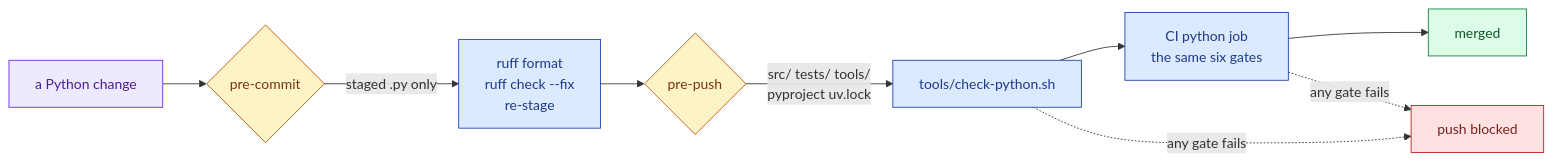
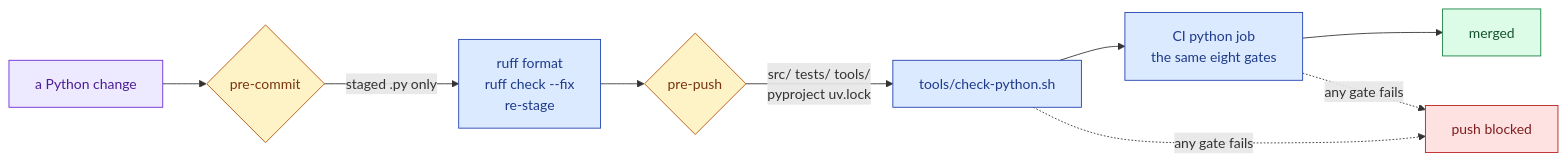
Before and after one commit to agharsallah/mva-hackathon: the diagram in docs/notes/python-quality-gates.md, drawn with Mermaid. The commit also changed other lines of this file and 3 other files, not shown here.

````diff
--- a/docs/notes/python-quality-gates.md
+++ b/docs/notes/python-quality-gates.md
@@ -32,17 +34,17 @@
 ```mermaid
 flowchart LR
     edit[a Python change]:::raw --> commit{pre-commit}:::decision
     commit -->|"staged .py only"| fix[ruff format<br/>ruff check --fix<br/>re-stage]:::machine
     fix --> push{pre-push}:::decision
     push -->|"src/ tests/ tools/<br/>pyproject uv.lock"| gate[tools/check-python.sh]:::machine
-    gate --> ci[CI python job<br/>the same six gates]:::machine
+    gate --> ci[CI python job<br/>the same eight gates]:::machine
     ci --> merged[merged]:::goal
     gate -.->|any gate fails| blocked[push blocked]:::bad
     ci -.->|any gate fails| blocked
 
     classDef raw fill:#ede9fe,stroke:#6d28d9,color:#4c1d95
     classDef decision fill:#fef3c7,stroke:#b45309,color:#78350f
     classDef machine fill:#dbeafe,stroke:#1e40af,color:#1e3a8a
     classDef goal fill:#dcfce7,stroke:#15803d,color:#14532d
     classDef bad fill:#fee2e2,stroke:#b91c1c,color:#7f1d1d
 ```
````
